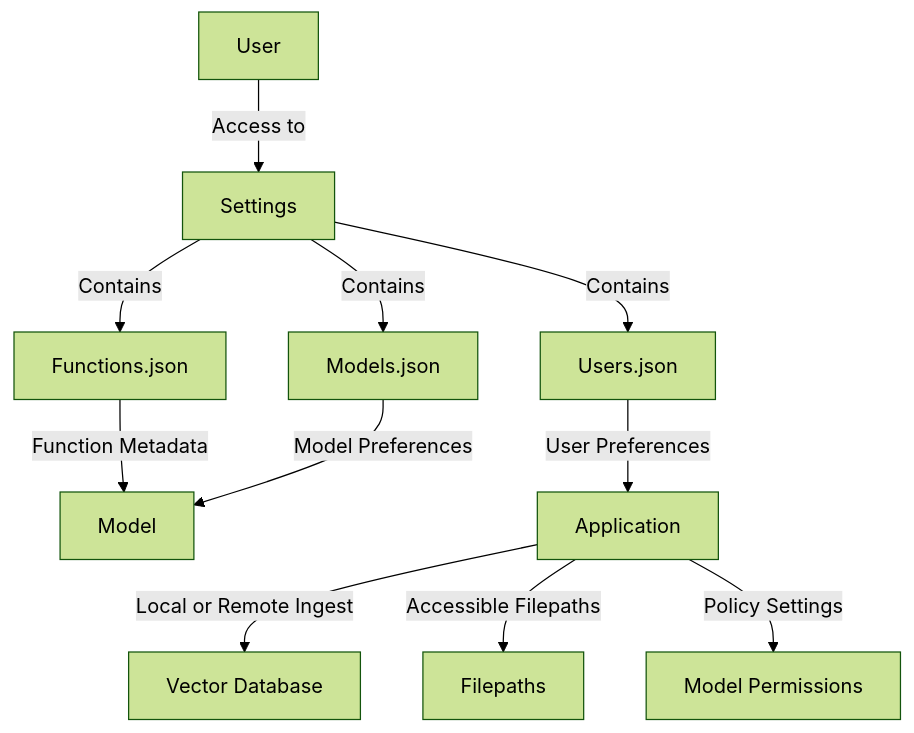
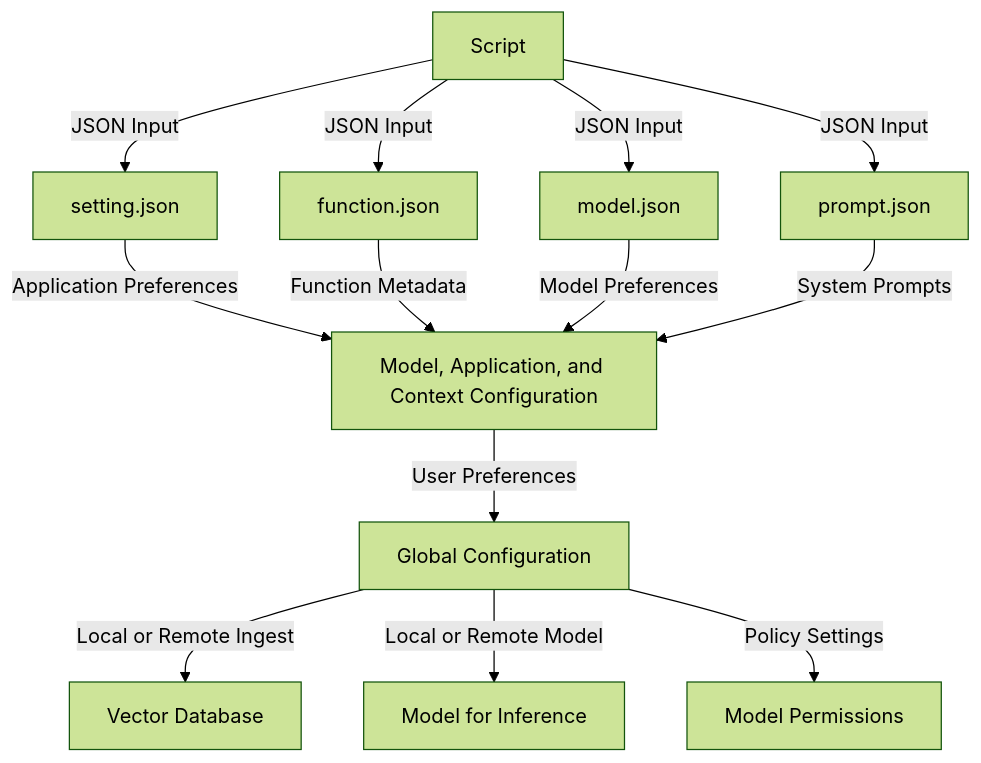
Before and after one commit to teleprint-me/py.gpt.prompt: the diagram in docs/mermaid/settings.mmd, drawn with Mermaid (forest theme). The commit also changed 1 other file, not shown here.

Commit message:
docs: Add revisions to overview and settings

```diff
--- a/docs/mermaid/settings.mmd
+++ b/docs/mermaid/settings.mmd
@@ -1,11 +1,13 @@
 graph TB
-  U["User"] -- "Access to" --> S["Settings"]
-  S -- "Contains" --> F["Functions.json"]
-  S -- "Contains" --> M["Models.json"]
-  S -- "Contains" --> UJ["Users.json"]
-  F["Functions.json"] -- "Function Metadata" --> MD["Model"]
-  M["Models.json"] -- "Model Preferences" --> MD["Model"]
-  UJ["Users.json"] -- "User Preferences" --> A["Application"]
-  A["Application"] -- "Local or Remote Ingest" --> VD["Vector Database"]
-  A["Application"] -- "Accessible Filepaths" --> FP["Filepaths"]
-  A["Application"] -- "Policy Settings" --> PS["Model Permissions"]
+  script["Script"] -- "JSON Input" --> functionJson["function.json"]
+  script -- "JSON Input" --> modelJson["model.json"]
+  script -- "JSON Input" --> promptJson["prompt.json"]
+  script -- "JSON Input" --> settingJson["setting.json"]
+  settingJson -- "Application Preferences" --> macd
+  functionJson -- "Function Metadata" --> macd["Model, Application, and Context Configuration"]
+  modelJson -- "Model Preferences" --> macd
+  promptJson -- "System Prompts" --> macd
+  macd -- "User Preferences" --> globalConfig["Global Configuration"]
+  globalConfig -- "Local or Remote Ingest" --> vectorDb["Vector Database"]
+  globalConfig -- "Local or Remote Model" --> inferenceModel["Model for Inference"]
+  globalConfig -- "Policy Settings" --> modelPermissions["Model Permissions"]
```
